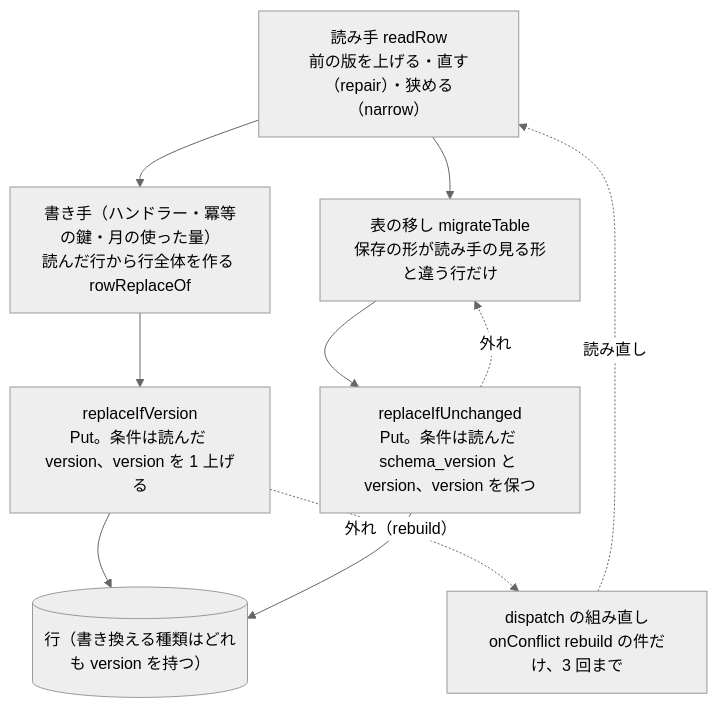
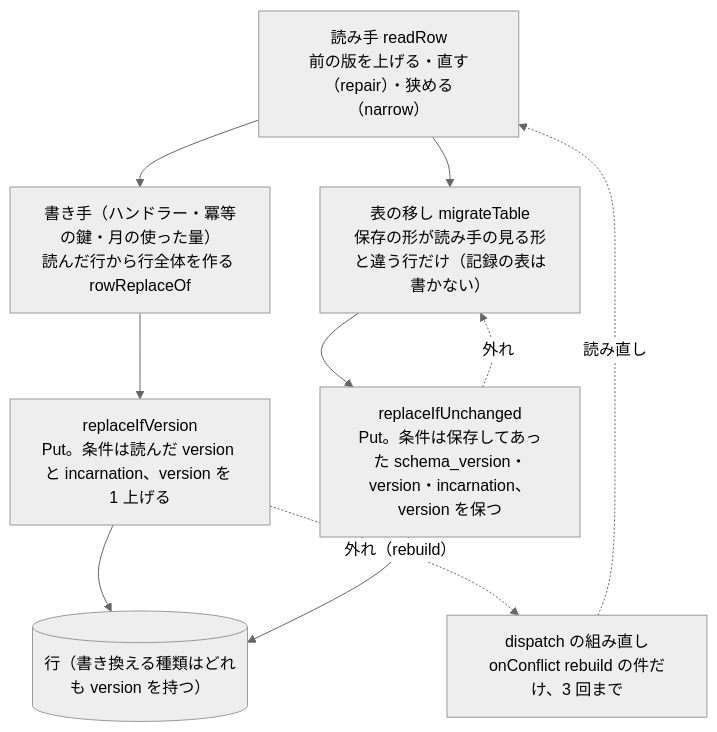
Before and after one commit to devbasex/nd-factory: the second of 2 diagrams in issues/issue-2-design-row-writers.md, drawn with Mermaid (neutral theme). The commit also changed other lines of this file and 3 other files, not shown here.

````diff
--- a/issues/issue-2-design-row-writers.md
+++ b/issues/issue-2-design-row-writers.md
@@ -49,14 +49,14 @@
 ```mermaid
 graph TD
   rd["読み手 readRow<br/>前の版を上げる・直す（repair）・狭める（narrow）"]
   w["書き手（ハンドラー・冪等の鍵・月の使った量）<br/>読んだ行から行全体を作る rowReplaceOf"]
-  rv["replaceIfVersion<br/>Put。条件は読んだ version、version を 1 上げる"]
-  m["表の移し migrateTable<br/>保存の形が読み手の見る形と違う行だけ"]
-  ru["replaceIfUnchanged<br/>Put。条件は読んだ schema_version と version、version を保つ"]
+  rv["replaceIfVersion<br/>Put。条件は読んだ version と incarnation、version を 1 上げる"]
+  m["表の移し migrateTable<br/>保存の形が読み手の見る形と違う行だけ（記録の表は書かない）"]
+  ru["replaceIfUnchanged<br/>Put。条件は保存してあった schema_version・version・incarnation、version を保つ"]
   rb["dispatch の組み直し<br/>onConflict rebuild の件だけ、3 回まで"]
   row[("行（書き換える種類はどれも version を持つ）")]
   rd --> w --> rv --> row
   rd --> m --> ru --> row
   rv -. "外れ（rebuild）" .-> rb -. "読み直し" .-> rd
   ru -. "外れ" .-> m
 ```
````
